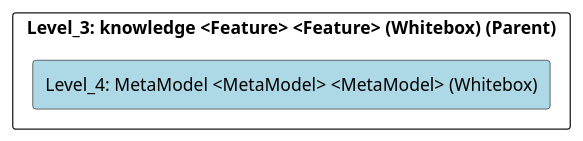
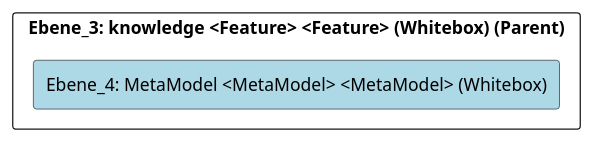
One commit to marcozwyssig/cleon changed the diagram in doc/cleonproject_deliverables_architecture_model_architecture/adoc/de/05_bausteinsicht/cleon/common/knowledge/metamodel/ebene_4_metamodel.adoc. Above: the diagram before and after it, drawn with PlantUML. The commit also changed other lines of this file and 214 other files, not shown here.

```diff
--- a/doc/cleonproject_deliverables_architecture_model_architecture/adoc/de/05_bausteinsicht/cleon/common/knowledge/metamodel/ebene_4_metamodel.adoc
+++ b/doc/cleonproject_deliverables_architecture_model_architecture/adoc/de/05_bausteinsicht/cleon/common/knowledge/metamodel/ebene_4_metamodel.adoc
@@ -20,24 +20,24 @@
-[plantuml, Level_4: MetaModel <MetaModel> <MetaModel> (Whitebox)BlockOverview, format="svg"]
+[plantuml, Ebene_4: MetaModel <MetaModel> <MetaModel> (Whitebox)BlockOverview, format="svg"]
 ----
-@startuml Level_4: MetaModel <MetaModel> <MetaModel> (Whitebox)BuildingBlockOverview
+@startuml Ebene_4: MetaModel <MetaModel> <MetaModel> (Whitebox)BuildingBlockOverview
 
 skinparam ranksep 10
 skinparam componentStyle rectangle
 skinparam shadowing false
 skinparam arrowColor lightblue
 skinparam arrowThickness 1.2
 skinparam rectangle {
   BackgroundColor White
   BorderColor #333
   RoundCorner 10
 }
 top to bottom direction
 
-component "Level_3: knowledge <Feature> <Feature> (Whitebox) (Parent)" {
-    component "Level_4: MetaModel <MetaModel> <MetaModel> (Whitebox)" #lightblue {
+component "Ebene_3: knowledge <Feature> <Feature> (Whitebox) (Parent)" {
+    component "Ebene_4: MetaModel <MetaModel> <MetaModel> (Whitebox)" #lightblue {
     }
 
 }
 
 @enduml
 ----
```
